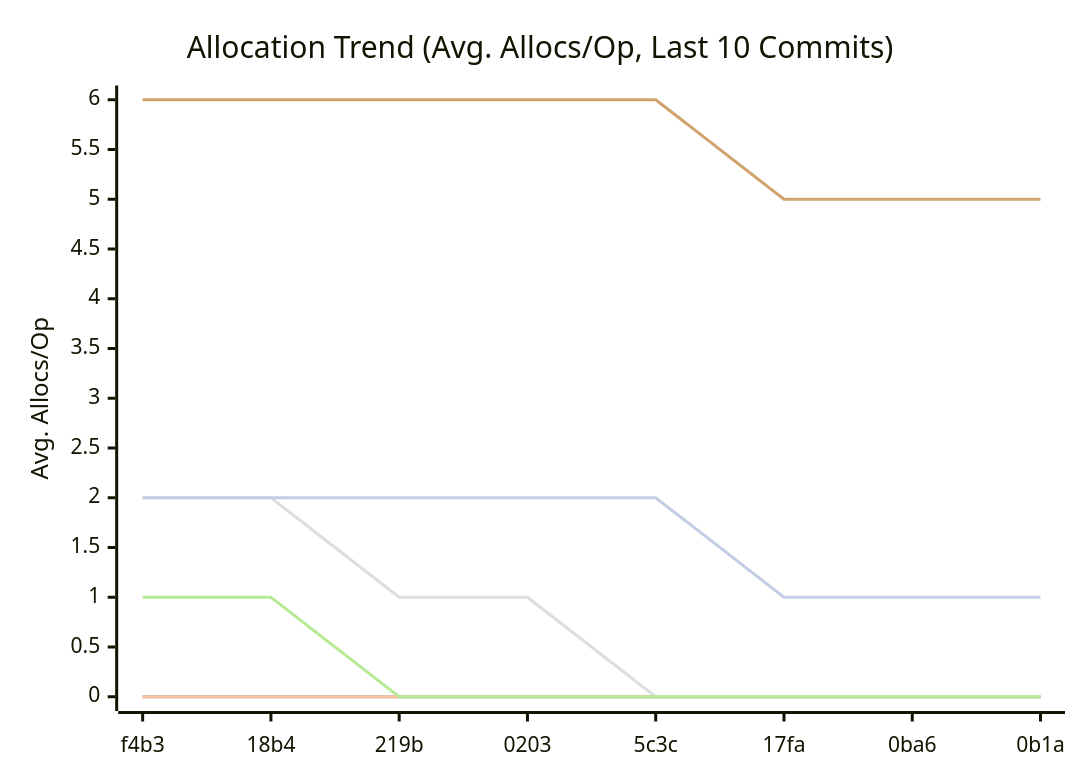
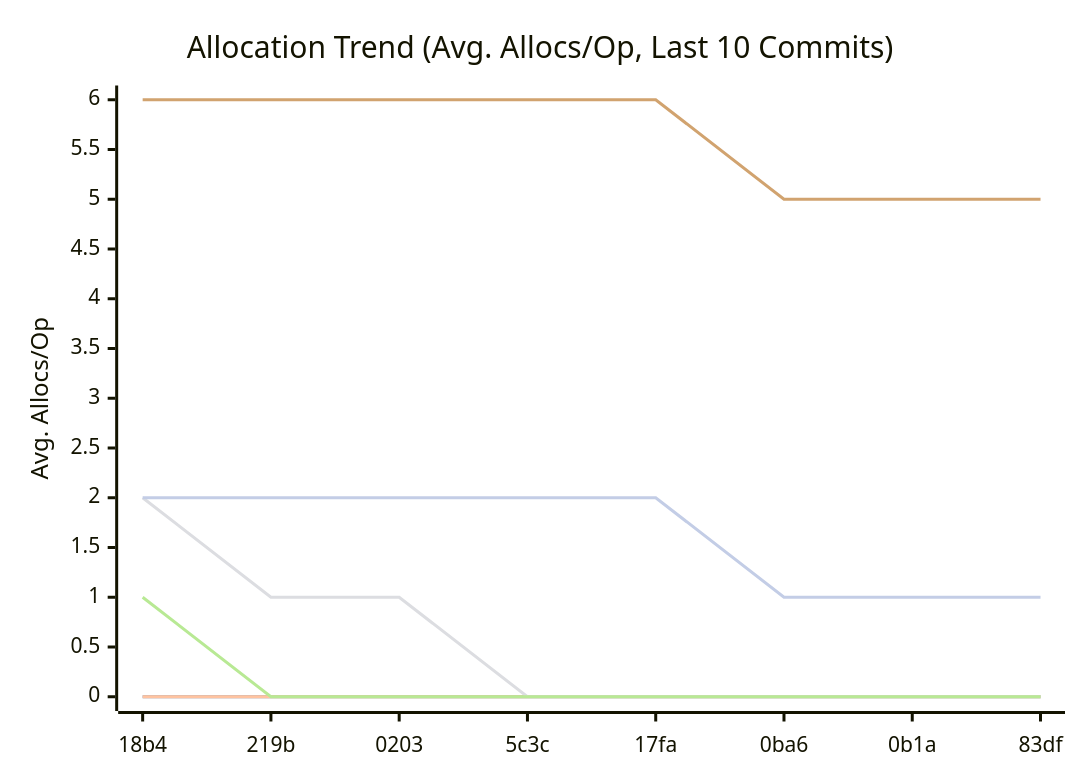
The third of 3 diagrams in docs/README.md (alsotoes/momo), drawn with Mermaid before and after one commit. The commit also changed other lines of this file and 1 other file, not shown here.

````diff
--- a/docs/README.md
+++ b/docs/README.md
@@ -218,14 +218,14 @@
 ```mermaid
 xychart-beta
     title "Allocation Trend (Avg. Allocs/Op, Last 10 Commits)"
     x-axis "Commit"
     y-axis "Avg. Allocs/Op"
-    x-axis [f4b3,18b4,219b,0203,5c3c,17fa,0ba6,0b1a]
+    x-axis [18b4,219b,0203,5c3c,17fa,0ba6,0b1a,83df]
     line "CheckMetricsAndSwap" [0,0,0,0,0,0,0,0,0,0]
     line "IndexDirectTracking" [0,0,0,0,0,0,0,0,0,0]
     line "IndexSearch" [0,0,0,0,0,0,0,0,0,0]
-    line "LoadGlobalConfig" [2,2,1,1,0,0,0,0,0,0]
-    line "PadString" [1,1,0,0,0,0,0,0,0,0]
+    line "LoadGlobalConfig" [2,1,1,0,0,0,0,0,0,0]
+    line "PadString" [1,0,0,0,0,0,0,0,0,0]
     line "ParseReplicationOrder_NoPrealloc" [6,6,6,6,6,5,5,5,5,5]
     line "ParseReplicationOrder_Prealloc" [2,2,2,2,2,1,1,1,1,1]
 ```
````
